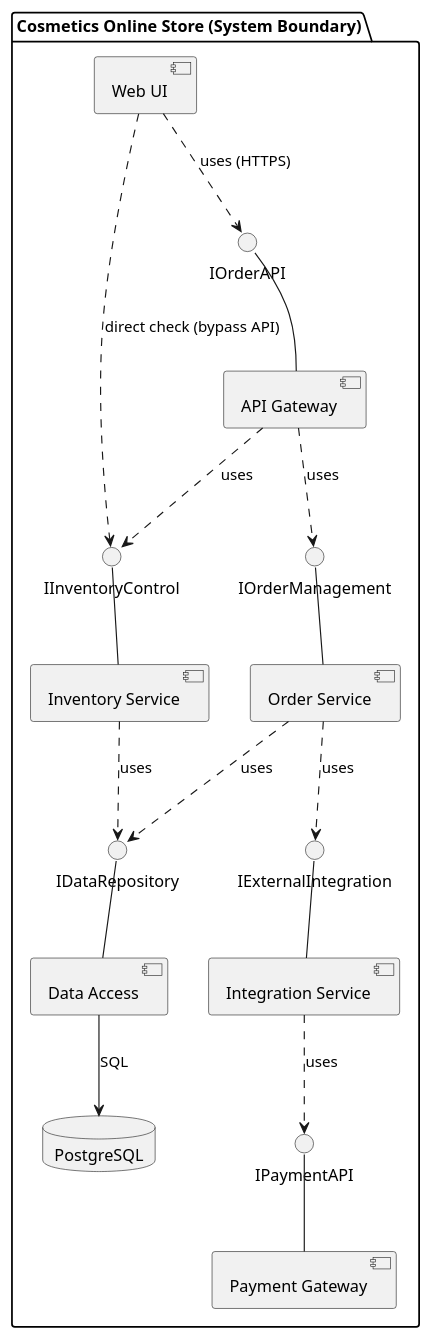
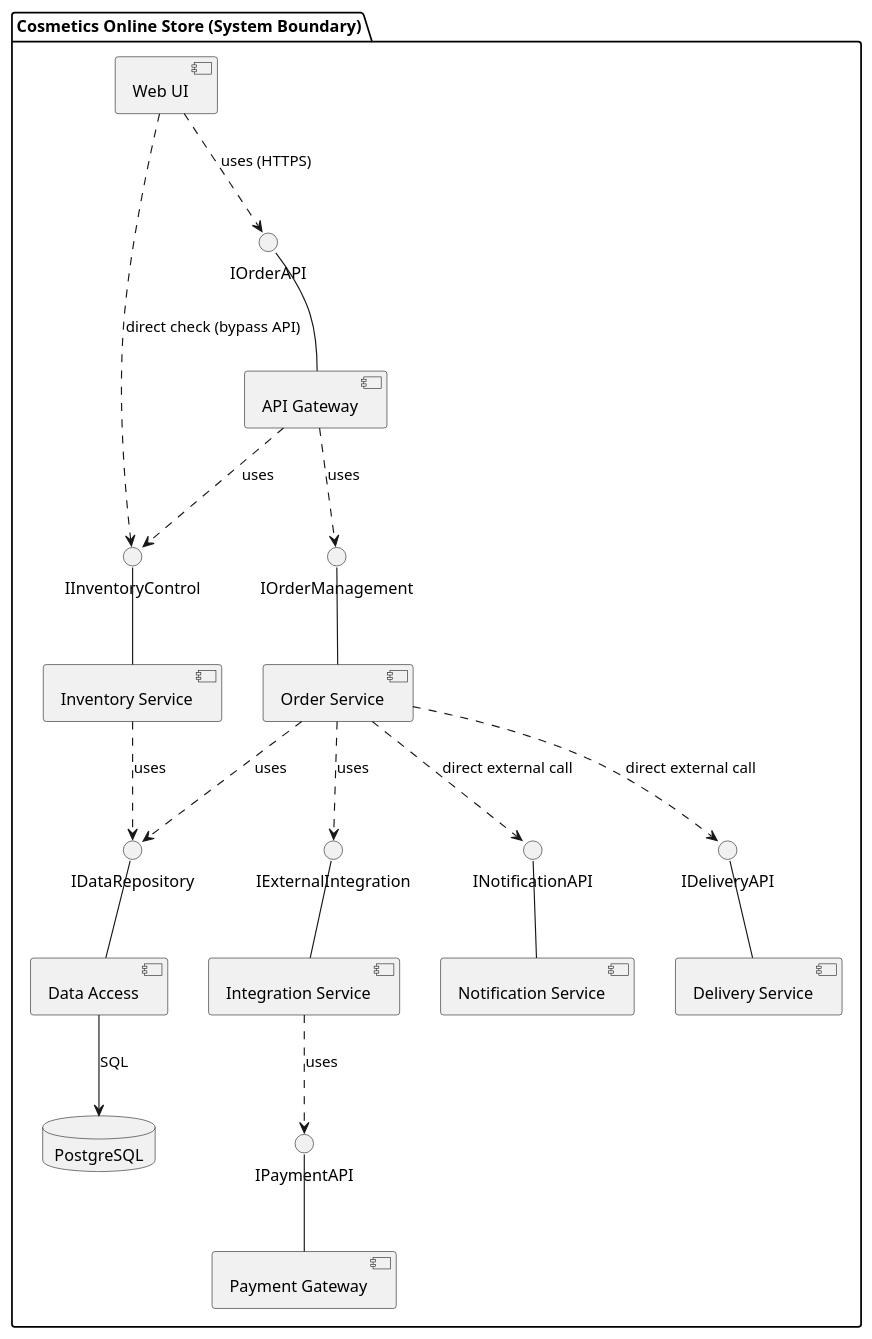
One commit to sofiisunn/KPI changed the diagram in components.puml. Above: the diagram before and after it, drawn with PlantUML.

Commit message:
Add Delivery and Notification Services components

```diff
--- a/components.puml
+++ b/components.puml
@@ -1,47 +1,58 @@
 @startuml
 top to bottom direction
 skinparam componentStyle uml2
 
 package "Cosmetics Online Store (System Boundary)" {
   
   component [Web UI] as UI
   
   component [API Gateway] as API
   interface "IOrderAPI" as i_api
   
   API -up- i_api
   UI ..> i_api : uses (HTTPS)
 
   component [Order Service] as OrderSvc
   component [Inventory Service] as InvSvc
   component [Integration Service] as IntSvc
 
   interface "IOrderManagement" as i_order
   interface "IInventoryControl" as i_inv
   interface "IExternalIntegration" as i_int
 
   OrderSvc -up- i_order
   InvSvc -up- i_inv
   IntSvc -up- i_int
 
   API ..> i_order : uses
   API ..> i_inv : uses
   OrderSvc ..> i_int : uses
   UI ..> i_inv : direct check (bypass API)
 
   component [Data Access] as DAL
   interface "IDataRepository" as i_dal
   DAL -up- i_dal
   OrderSvc ..> i_dal : uses
   InvSvc ..> i_dal : uses
 
   database "PostgreSQL" as DB
   DAL --> DB : SQL
 
   component [Payment Gateway] as PayGw
   interface "IPaymentAPI" as i_pay
   PayGw -up- i_pay
   IntSvc ..> i_pay : uses
+
+  component [Delivery Service] as DelSvc
+  interface "IDeliveryAPI" as i_del
+  DelSvc -up- i_del
+  
+  component [Notification Service] as NotifSvc
+  interface "INotificationAPI" as i_notif
+  NotifSvc -up- i_notif
+  
+  OrderSvc ..> i_del : direct external call
+  OrderSvc ..> i_notif : direct external call
 }
 
 @enduml
```
